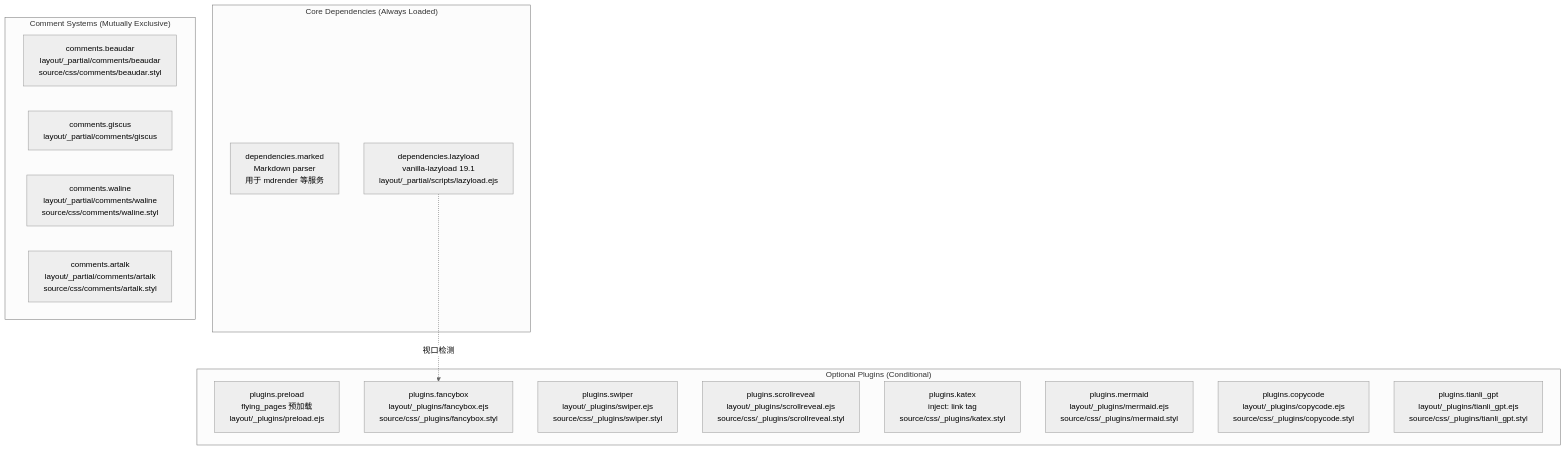
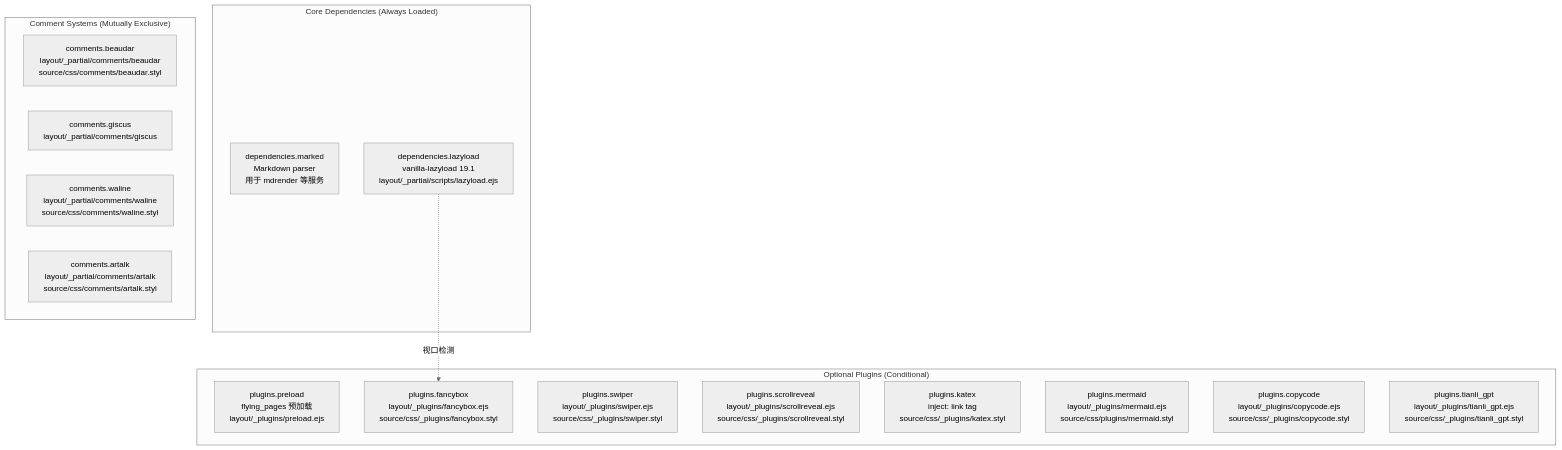
One commit to penndu/hexo changed the second of 5 diagrams in themes/stellar/docs/knowledge/07-外部集成/integrations-overview.md. Above: the diagram before and after it, drawn with Mermaid (neutral theme). The commit also changed other lines of this file and 114 other files, not shown here.

````diff
--- a/themes/stellar/docs/knowledge/07-外部集成/integrations-overview.md
+++ b/themes/stellar/docs/knowledge/07-外部集成/integrations-overview.md
@@ -107,27 +107,27 @@
 ```mermaid
 graph TB
     subgraph "Core Dependencies (Always Loaded)"
         MARKED["dependencies.marked<br/>Markdown parser<br/>用于 mdrender 等服务"]
         LAZYLOAD["dependencies.lazyload<br/>vanilla-lazyload 19.1<br/>layout/_partial/scripts/lazyload.ejs"]
     end
     
     subgraph "Optional Plugins (Conditional)"
         PRELOAD["plugins.preload<br/>flying_pages 预加载<br/>layout/_plugins/preload.ejs"]
         FANCYBOX["plugins.fancybox<br/>layout/_plugins/fancybox.ejs<br/>source/css/_plugins/fancybox.styl"]
         SWIPER["plugins.swiper<br/>layout/_plugins/swiper.ejs<br/>source/css/_plugins/swiper.styl"]
         SCROLLREVEAL["plugins.scrollreveal<br/>layout/_plugins/scrollreveal.ejs<br/>source/css/_plugins/scrollreveal.styl"]
         KATEX["plugins.katex<br/>inject: link tag<br/>source/css/_plugins/katex.styl"]
-        MERMAID["plugins.mermaid<br/>layout/_plugins/mermaid.ejs<br/>source/css/_plugins/mermaid.styl"]
+        MERMAID["plugins.mermaid<br/>layout/_plugins/mermaid.ejs<br/>source/css/plugins/mermaid.styl"]
         COPYCODE["plugins.copycode<br/>layout/_plugins/copycode.ejs<br/>source/css/_plugins/copycode.styl"]
         TIANLI["plugins.tianli_gpt<br/>layout/_plugins/tianli_gpt.ejs<br/>source/css/_plugins/tianli_gpt.styl"]
     end
     
     subgraph "Comment Systems (Mutually Exclusive)"
         BEAUDAR["comments.beaudar<br/>layout/_partial/comments/beaudar<br/>source/css/comments/beaudar.styl"]
         GISCUS["comments.giscus<br/>layout/_partial/comments/giscus"]
         WALINE["comments.waline<br/>layout/_partial/comments/waline<br/>source/css/comments/waline.styl"]
         ARTALK["comments.artalk<br/>layout/_partial/comments/artalk<br/>source/css/comments/artalk.styl"]
     end
     
     LAZYLOAD -.->|"视口检测"| FANCYBOX
 ```
````
